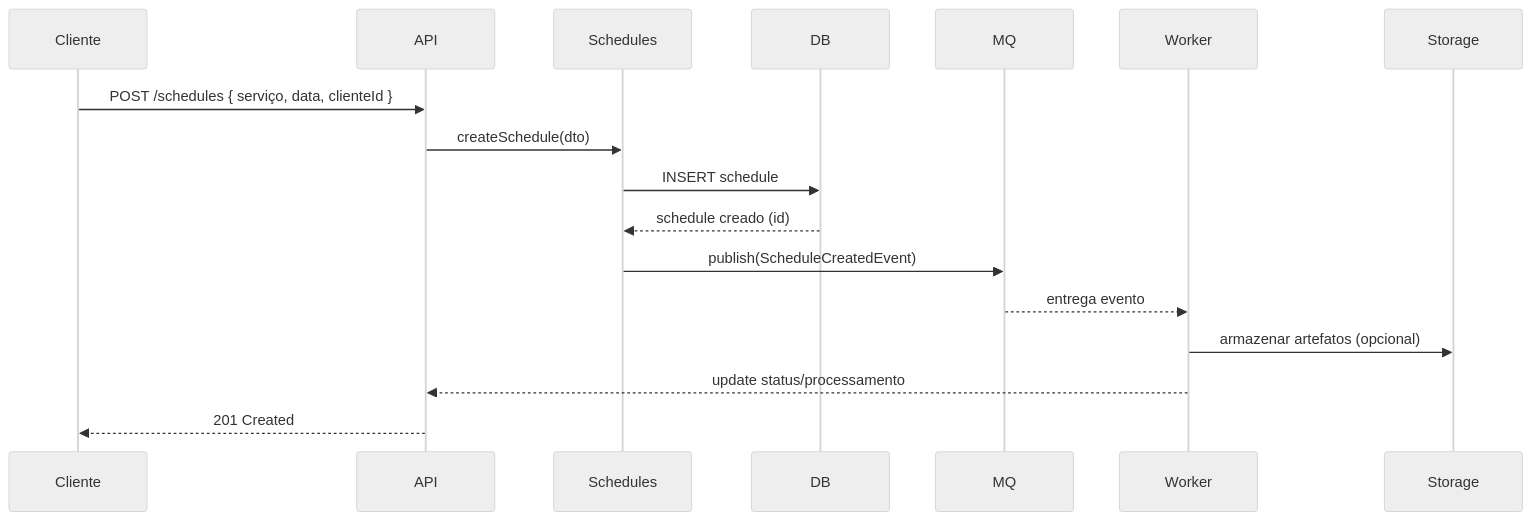
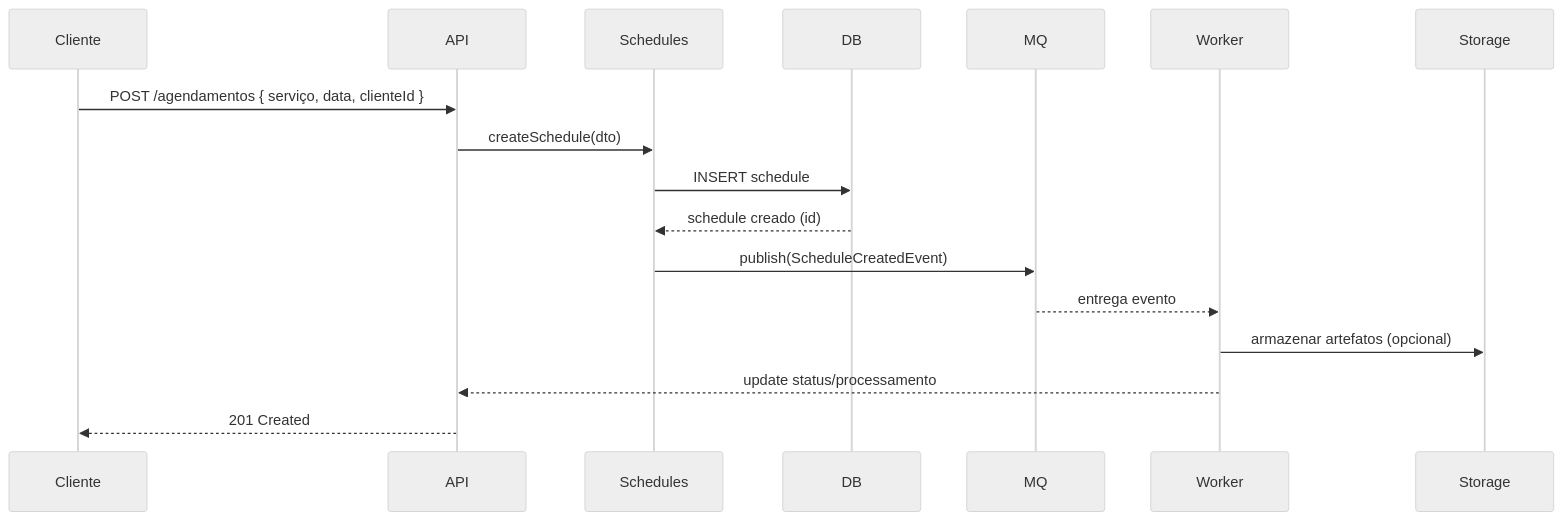
One commit to alonesch/api-barbearia-portifolio changed the fourth of 4 diagrams in README.md. Above: the diagram before and after it, drawn with Mermaid (neutral theme). The commit also changed other lines of this file, not shown here.

````diff
--- a/README.md
+++ b/README.md
@@ -172,17 +172,17 @@
 ```mermaid
 sequenceDiagram
   participant Cliente
   participant API
   participant Schedules
   participant DB
   participant MQ
-  Cliente->>API: POST /schedules { serviço, data, clienteId }
+  Cliente->>API: POST /agendamentos { serviço, data, clienteId }
   API->>Schedules: createSchedule(dto)
   Schedules->>DB: INSERT schedule
   DB-->>Schedules: schedule creado (id)
   Schedules->>MQ: publish(ScheduleCreatedEvent)
   MQ-->>Worker: entrega evento
   Worker->>Storage: armazenar artefatos (opcional)
   Worker-->>API: update status/processamento
   API-->>Cliente: 201 Created
 ```
````
